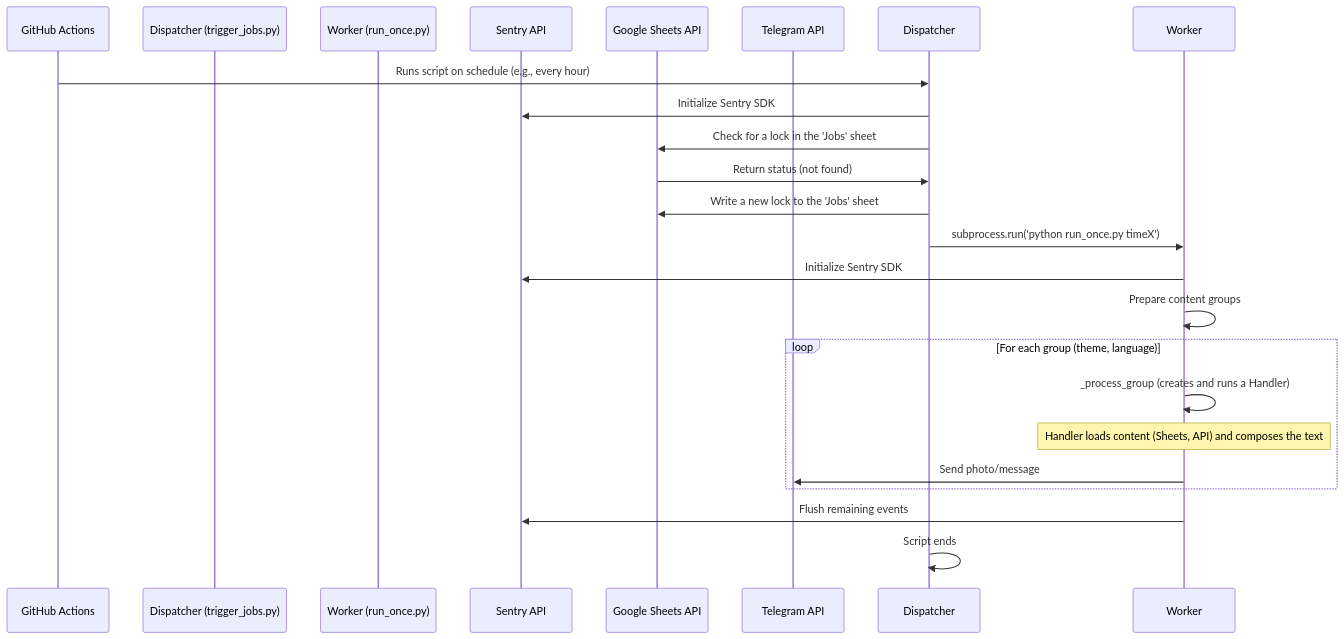
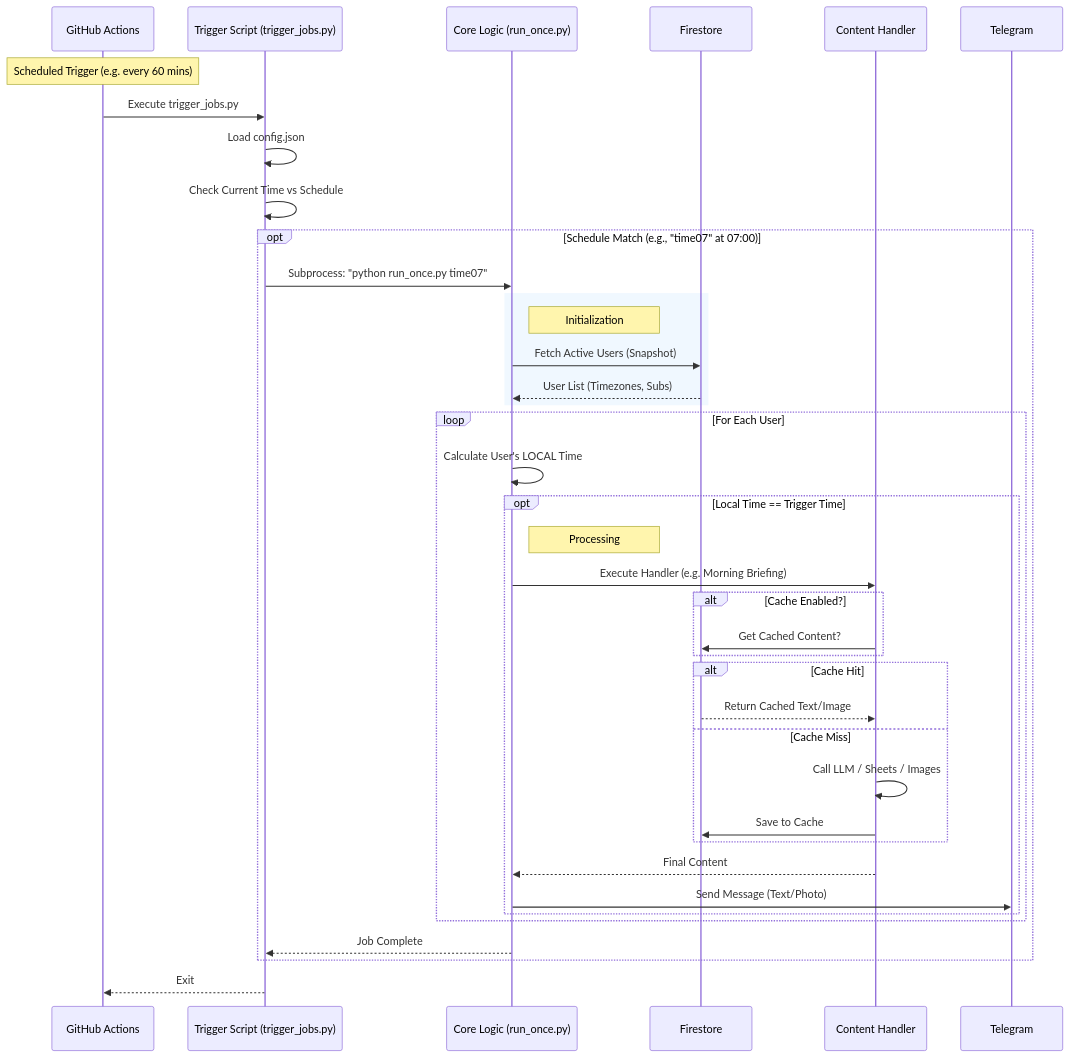
The second of 3 diagrams in docs/how_to/for_programmers/00_architecture.md (OpenXFlow/PulserBot), drawn with Mermaid before and after one commit. The commit also changed other lines of this file and 105 other files, not shown here.

First line of the commit message:
docs: update architecture to v3.0 (Hybrid) and add redirect hub

````diff
--- a/docs/how_to/for_programmers/00_architecture.md
+++ b/docs/how_to/for_programmers/00_architecture.md
@@ -133,29 +72,49 @@
 ```mermaid
 sequenceDiagram
-    participant GitHub Actions
-    participant Dispatcher (trigger_jobs.py)
-    participant Worker (run_once.py)
-    participant Sentry API
-    participant Google Sheets API
-    participant Telegram API
-
-    GitHub Actions->>Dispatcher: Runs script on schedule (e.g., every hour)
-    Dispatcher->>Sentry API: Initialize Sentry SDK
-    Dispatcher->>Google Sheets API: Check for a lock in the 'Jobs' sheet
-    Google Sheets API->>Dispatcher: Return status (not found)
+    participant GA as GitHub Actions
+    participant Trigger as Trigger Script (trigger_jobs.py)
+    participant Core as Core Logic (run_once.py)
+    participant DB as Firestore
+    participant Handler as Content Handler
+    participant TG as Telegram
     
-    Dispatcher->>Google Sheets API: Write a new lock to the 'Jobs' sheet
-    Dispatcher->>Worker: subprocess.run('python run_once.py timeX')
+    Note over GA: Scheduled Trigger (e.g. every 60 mins)
+    GA->>Trigger: Execute trigger_jobs.py
+    Trigger->>Trigger: Load config.json
+    Trigger->>Trigger: Check Current Time vs Schedule
     
-    Worker->>Sentry API: Initialize Sentry SDK
-    Worker->>Worker: Prepare content groups
-    
-    loop For each group (theme, language)
-        Worker->>Worker: _process_group (creates and runs a Handler)
-        Note over Worker: Handler loads content (Sheets, API) and composes the text
-        Worker->>Telegram API: Send photo/message
+    opt Schedule Match (e.g., "time07" at 07:00)
+        Trigger->>Core: Subprocess: "python run_once.py time07"
+        
+        rect rgb(240, 248, 255)
+            note right of Core: Initialization
+            Core->>DB: Fetch Active Users (Snapshot)
+            DB-->>Core: User List (Timezones, Subs)
+        end
+        
+        loop For Each User
+            Core->>Core: Calculate User's LOCAL Time
+            
+            opt Local Time == Trigger Time
+                note right of Core: Processing
+                Core->>Handler: Execute Handler (e.g. Morning Briefing)
+                
+                alt Cache Enabled?
+                    Handler->>DB: Get Cached Content?
+                end
+                
+                alt Cache Hit
+                    DB-->>Handler: Return Cached Text/Image
+                else Cache Miss
+                    Handler->>Handler: Call LLM / Sheets / Images
+                    Handler->>DB: Save to Cache
+                end
+                
+                Handler-->>Core: Final Content
+                Core->>TG: Send Message (Text/Photo)
+            end
+        end
+        Core-->>Trigger: Job Complete
     end
-    
-    Worker->>Sentry API: Flush remaining events
-    Dispatcher->>Dispatcher: Script ends
+    Trigger-->>GA: Exit
 ```
````
